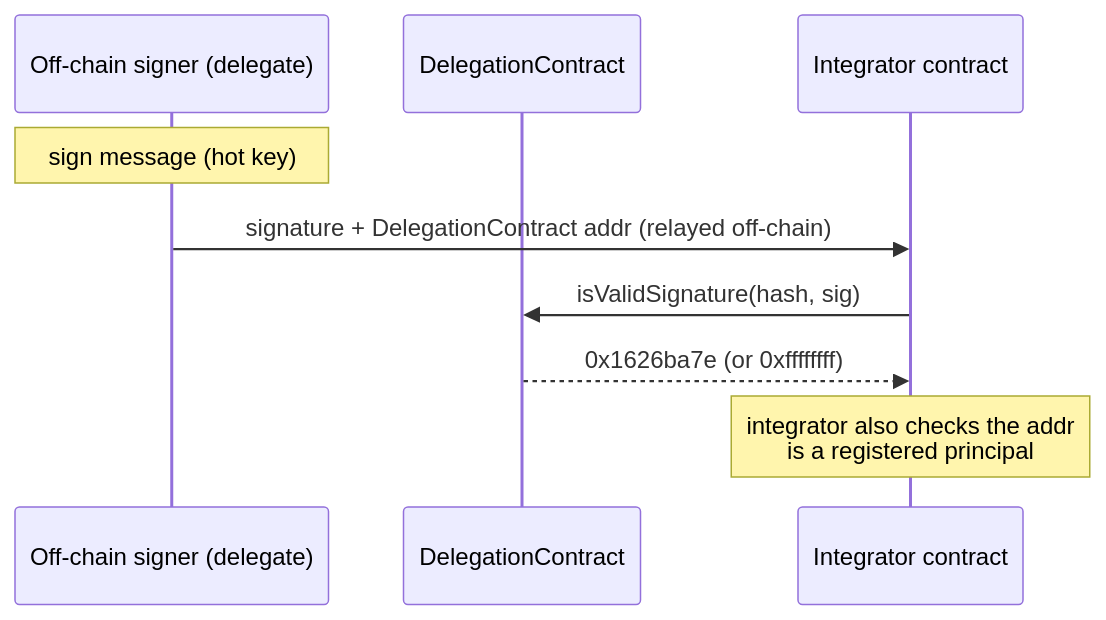
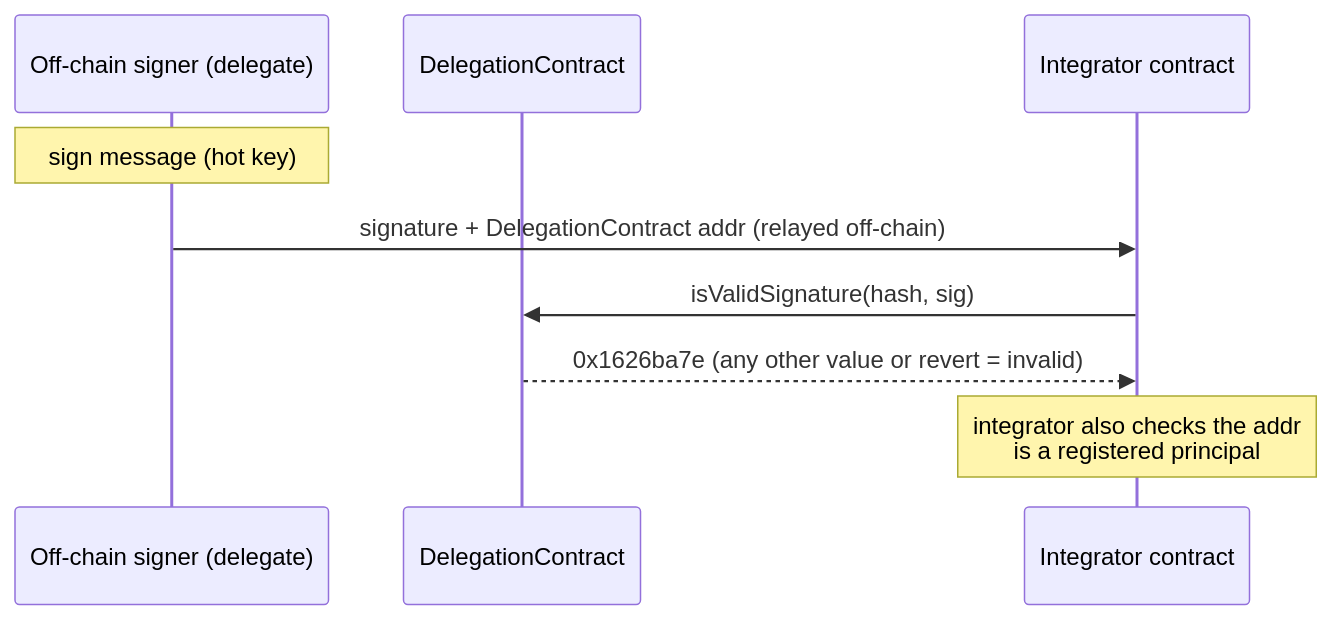
Before and after one commit to ethereum/ERCs: the second of 2 diagrams in ERCS/erc-8391.md, drawn with Mermaid. The commit also changed other lines of this file, not shown here.

Commit message:
feat: leave ERC-1271 failure value unspecified

````diff
--- a/ERCS/erc-8391.md
+++ b/ERCS/erc-8391.md
@@ -85,12 +85,12 @@
 ```mermaid
 sequenceDiagram
     participant D as Off-chain signer (delegate)
     participant DC as DelegationContract
     participant I as Integrator contract
 
     Note over D: sign message (hot key)
     D->>I: signature + DelegationContract addr (relayed off-chain)
     I->>DC: isValidSignature(hash, sig)
-    DC-->>I: 0x1626ba7e (or 0xffffffff)
+    DC-->>I: 0x1626ba7e (any other value or revert = invalid)
     Note over I: integrator also checks the addr<br/>is a registered principal
 ```
````
